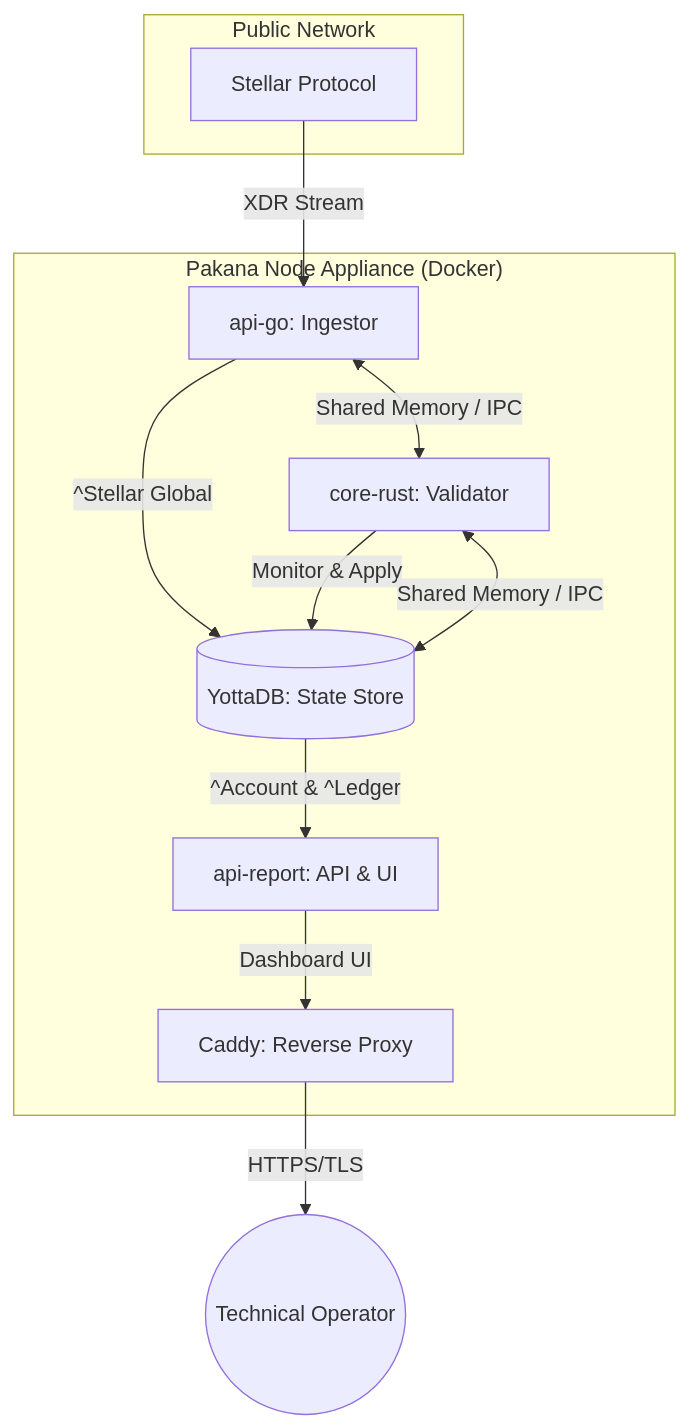
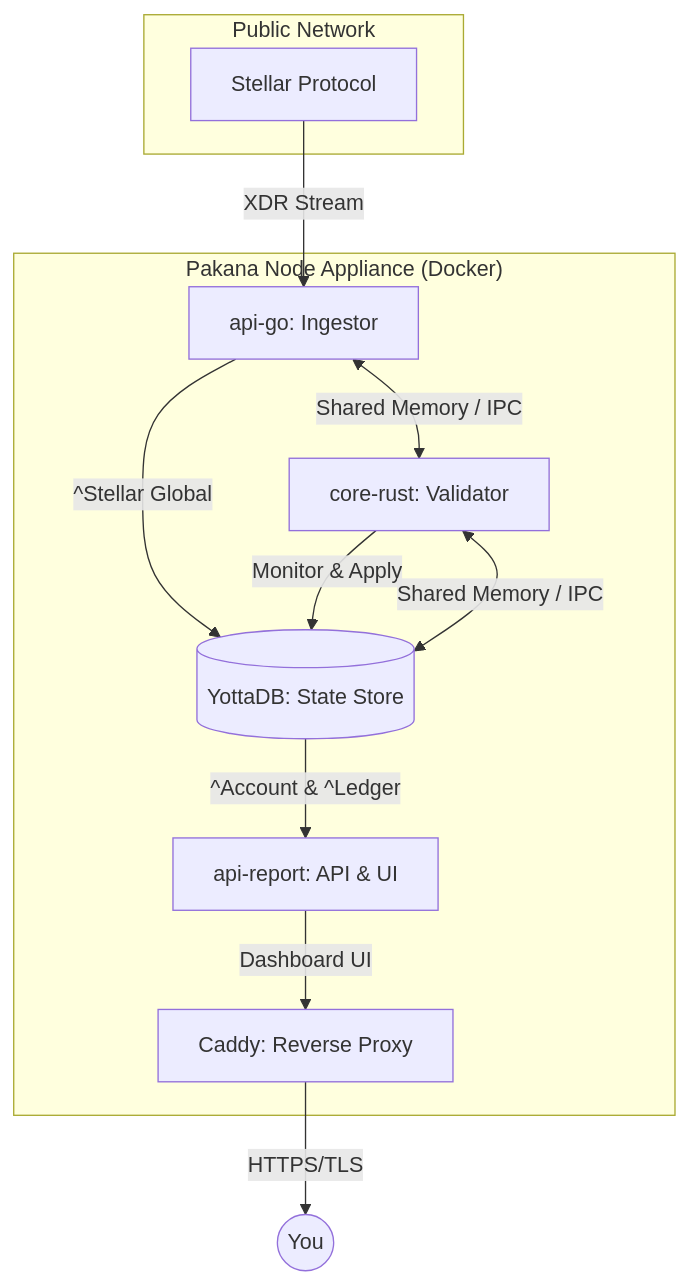
One commit to lockb0x-llc/pakana-node-ce changed the diagram in README.md. Above: the diagram before and after it, drawn with Mermaid.

Commit message:
docs: rename 'Cyberpunk UI' to 'Dashboard UI' in README.

````diff
--- a/README.md
+++ b/README.md
@@ -24,24 +24,24 @@
 ```mermaid
 graph TD
     subgraph "Public Network"
         S[Stellar Protocol]
     end
 
     subgraph "Pakana Node Appliance (Docker)"
         G[api-go: Ingestor]
         R[core-rust: Validator]
         Y[(YottaDB: State Store)]
         A[api-report: API & UI]
         C[Caddy: Reverse Proxy]
     end
 
     S -->|XDR Stream| G
     G -->|^Stellar Global| Y
     R -->|Monitor & Apply| Y
     Y -->|^Account & ^Ledger| A
     A -->|Dashboard UI| C
-    C -->|HTTPS/TLS| User((Technical Operator))
+    C -->|HTTPS/TLS| User((You))
 
     G <-->|Shared Memory / IPC| R
     R <-->|Shared Memory / IPC| Y
 ```
````
